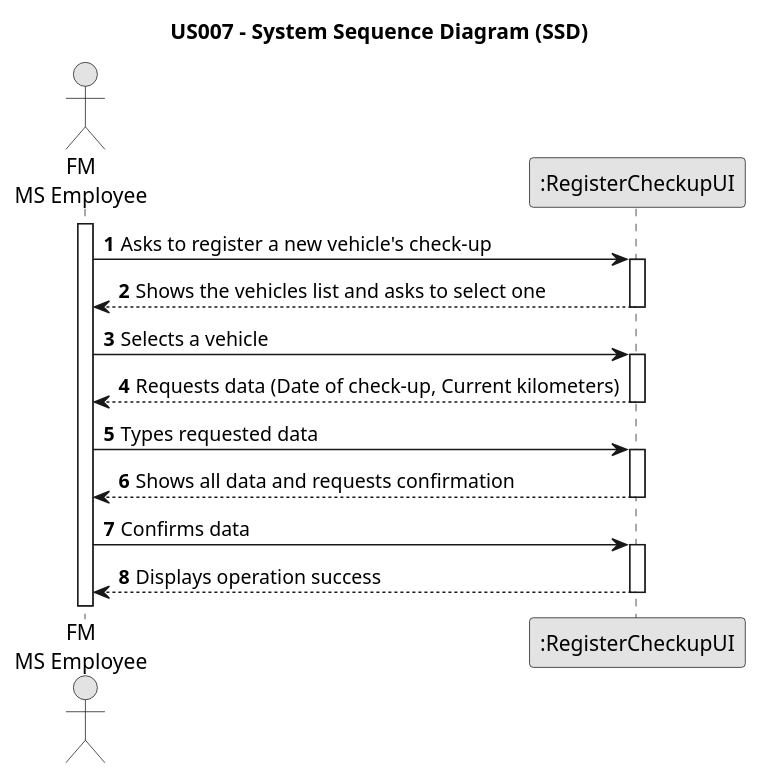
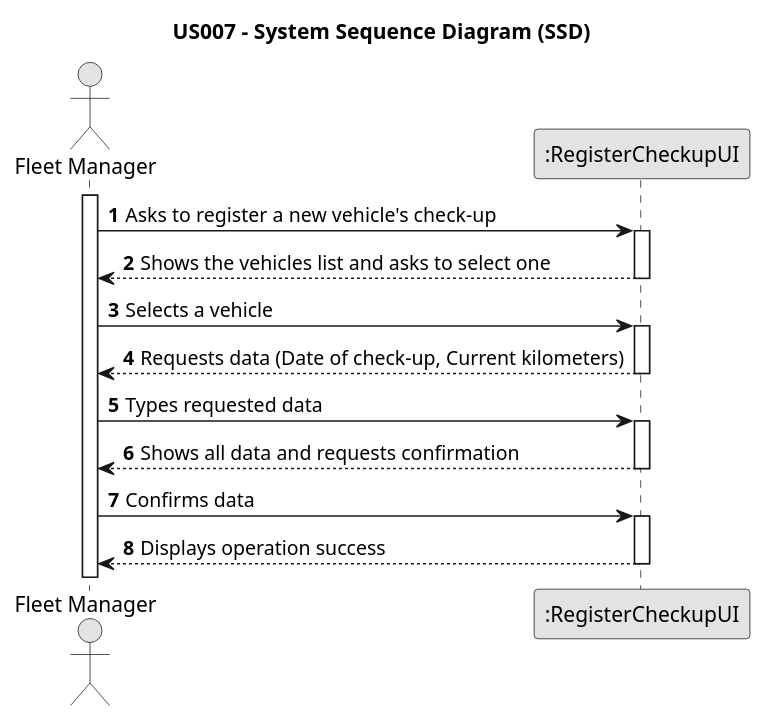
The diagram in docs/sprintA/us007/01.requirements-engineering/puml/us007-system-sequence-diagram.puml (Rui-San/LAPR2_2023_2024), drawn with PlantUML before and after one commit. The commit also changed 1 other file, not shown here.

```diff
--- a/docs/sprintA/us007/01.requirements-engineering/puml/us007-system-sequence-diagram.puml
+++ b/docs/sprintA/us007/01.requirements-engineering/puml/us007-system-sequence-diagram.puml
@@ -1,39 +1,39 @@
 @startuml
 skinparam monochrome true
 skinparam packageStyle rectangle
 skinparam shadowing false
 
 title US007 - System Sequence Diagram (SSD)
 
 autonumber
 
-actor "FM\nMS Employee" as Employee
+actor "Fleet Manager" as Employee
 participant ":RegisterCheckupUI" as System
 
 activate Employee
 
     Employee -> System : Asks to register a new vehicle's check-up
     activate System
 
         System --> Employee : Shows the vehicles list and asks to select one
     deactivate System
 
     Employee -> System : Selects a vehicle
     activate System
 
         System --> Employee : Requests data (Date of check-up, Current kilometers)
     deactivate System
 
     Employee -> System : Types requested data
     activate System
 
         System --> Employee : Shows all data and requests confirmation
     deactivate System
 
     Employee -> System : Confirms data
     activate System
 
         System --> Employee : Displays operation success
     deactivate System
 
 @enduml
```
